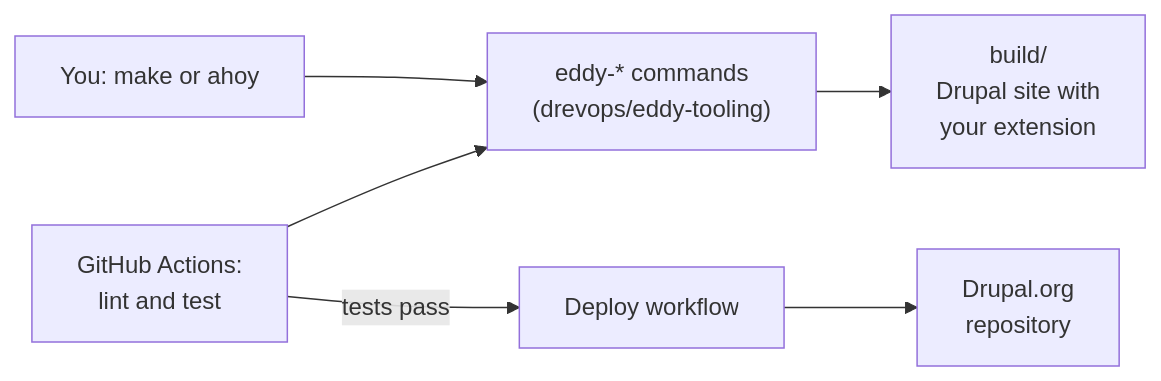
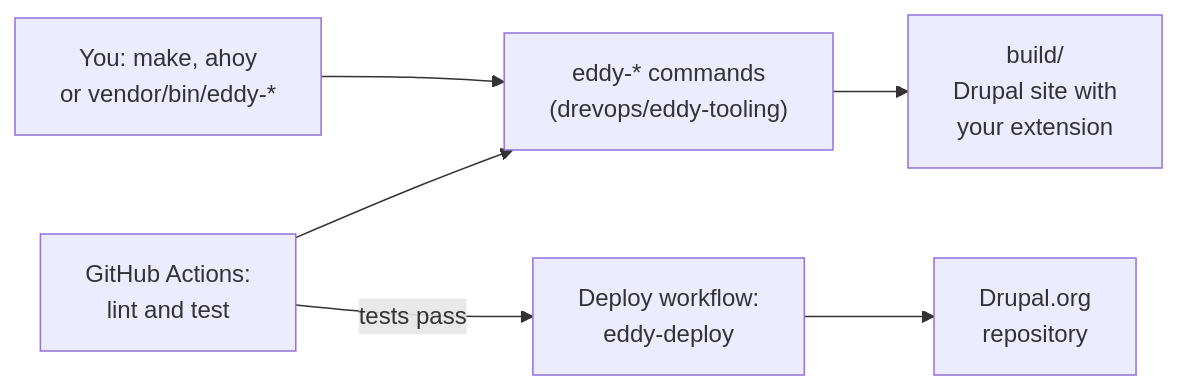
The diagram in .eddy/docs/content/README.mdx (drevops/eddy), drawn with Mermaid before and after one commit. The commit also changed other lines of this file and 32 other files, not shown here.

````diff
--- a/.eddy/docs/content/README.mdx
+++ b/.eddy/docs/content/README.mdx
@@ -38,8 +38,8 @@
 ```mermaid
 flowchart LR
-  you["You: make or ahoy"] --> tooling["eddy-* commands<br/>(drevops/eddy-tooling)"]
+  you["You: make, ahoy<br/>or vendor/bin/eddy-*"] --> tooling["eddy-* commands<br/>(drevops/eddy-tooling)"]
   ci["GitHub Actions:<br/>lint and test"] --> tooling
   tooling --> site["build/<br/>Drupal site with<br/>your extension"]
-  ci -->|tests pass| deploy["Deploy workflow"]
+  ci -->|tests pass| deploy["Deploy workflow:<br/>eddy-deploy"]
   deploy --> remote["Drupal.org<br/>repository"]
 ```
````
